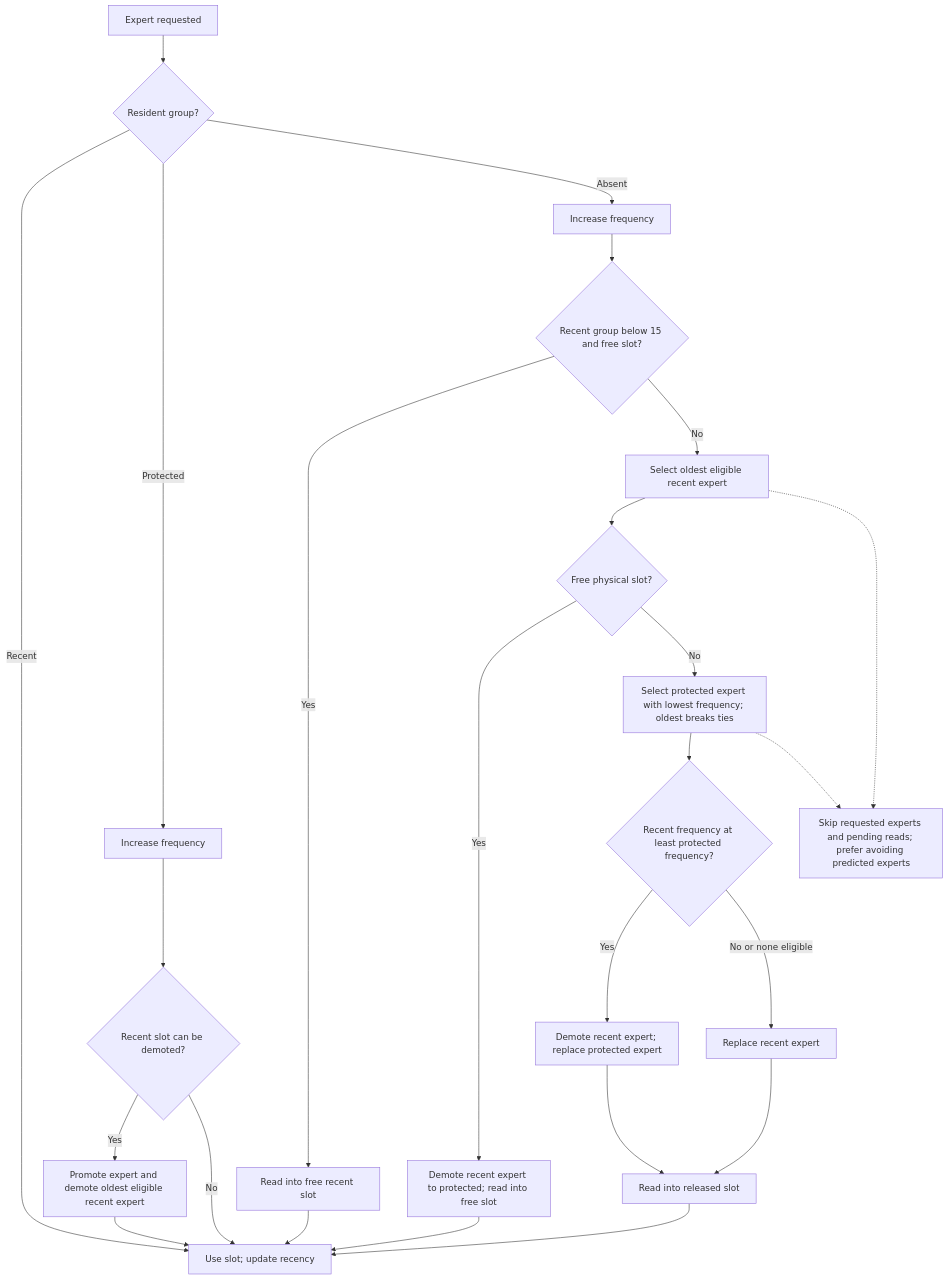
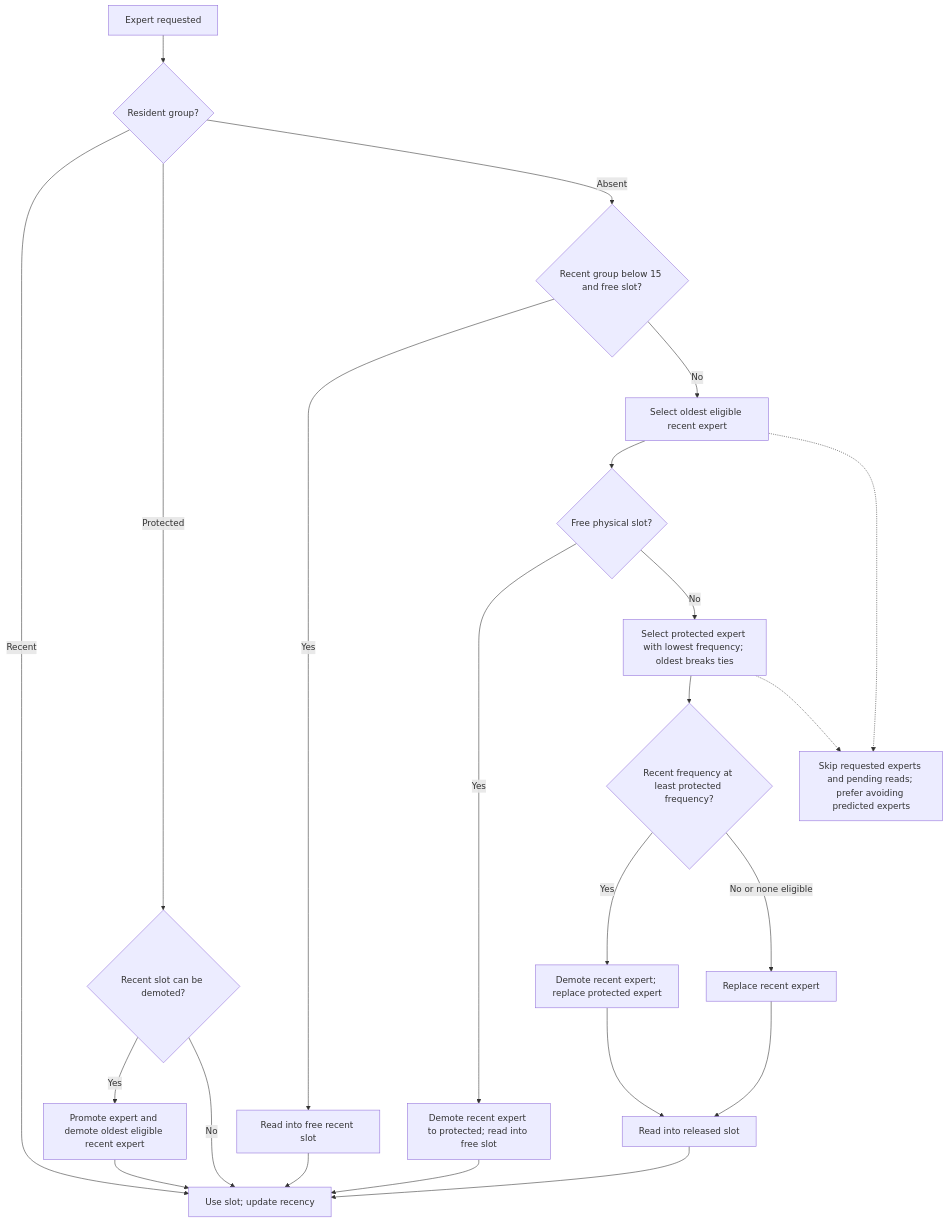
One commit to davide-troiani/moeshift changed the second of 2 diagrams in docs/les/protected-decode-cache.md. Above: the diagram before and after it, drawn with Mermaid. The commit also changed other lines of this file and 3 other files, not shown here.

````diff
--- a/docs/les/protected-decode-cache.md
+++ b/docs/les/protected-decode-cache.md
@@ -61,27 +61,25 @@
 ```mermaid
 flowchart TD
     A[Expert requested] --> B{Resident group?}
     B -->|Recent| C[Use slot; update recency]
-    B -->|Protected| D[Increase frequency]
-    D --> E{Recent slot can be demoted?}
+    B -->|Protected| E{Recent slot can be demoted?}
     E -->|Yes| F[Promote expert and demote oldest eligible recent expert]
     E -->|No| C
     F --> C
-    B -->|Absent| G[Increase frequency]
-    G --> H{Recent group below 15 and free slot?}
+    B -->|Absent| H{Recent group below 15 and free slot?}
     H -->|Yes| I[Read into free recent slot]
     H -->|No| J[Select oldest eligible recent expert]
     J --> K{Free physical slot?}
     K -->|Yes| L[Demote recent expert to protected; read into free slot]
     K -->|No| M[Select protected expert with lowest frequency; oldest breaks ties]
     M --> N{Recent frequency at least protected frequency?}
     N -->|Yes| O[Demote recent expert; replace protected expert]
     N -->|No or none eligible| P[Replace recent expert]
     O --> Q[Read into released slot]
     P --> Q
     I --> C
     L --> C
     Q --> C
     J -.-> R[Skip requested experts and pending reads; prefer avoiding predicted experts]
     M -.-> R
 ```
````
